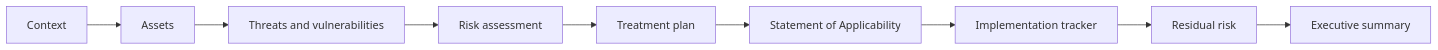
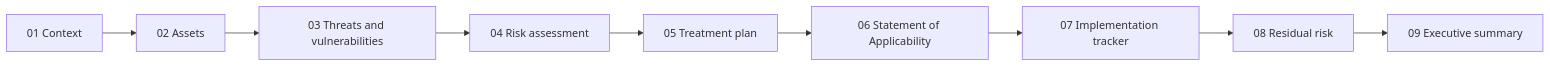
Before and after one commit to neel-sh11/cybersecurity_risk_assessment: the diagram in README.md, drawn with Mermaid. The commit also changed other lines of this file, not shown here.

````diff
--- a/README.md
+++ b/README.md
@@ -29,11 +21,11 @@
 ```mermaid
 flowchart LR
-    A[Context] --> B[Assets]
-    B --> C[Threats and vulnerabilities]
-    C --> D[Risk assessment]
-    D --> E[Treatment plan]
-    E --> F[Statement of Applicability]
-    F --> G[Implementation tracker]
-    G --> H[Residual risk]
-    H --> I[Executive summary]
+    A[01 Context] --> B[02 Assets]
+    B --> C[03 Threats and vulnerabilities]
+    C --> D[04 Risk assessment]
+    D --> E[05 Treatment plan]
+    E --> F[06 Statement of Applicability]
+    F --> G[07 Implementation tracker]
+    G --> H[08 Residual risk]
+    H --> I[09 Executive summary]
 ```
````
